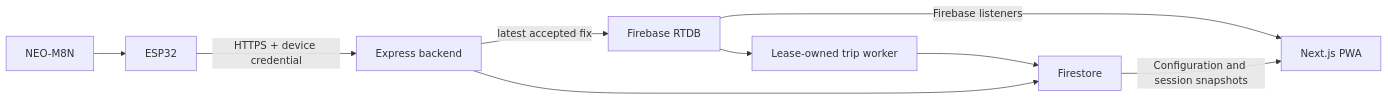
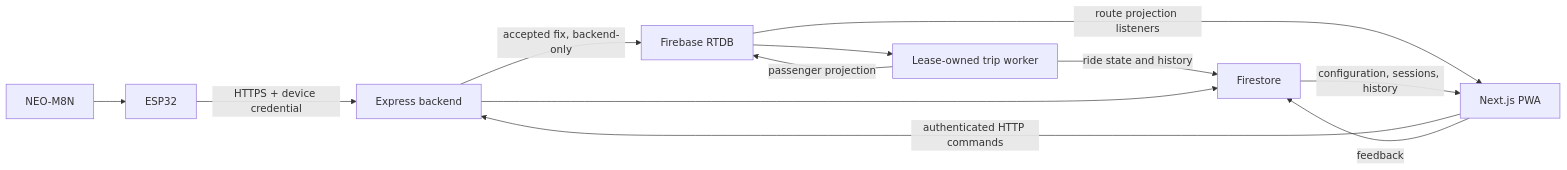
Before and after one commit to AryanPatelOnGIT/Eki: the diagram in README.md, drawn with Mermaid. The commit also changed other lines of this file and 1 other file, not shown here.

Commit message:
docs: refresh root README to match current architecture and release flow

````diff
--- a/README.md
+++ b/README.md
@@ -50,11 +52,14 @@
 ```mermaid
 flowchart LR
   GNSS[NEO-M8N] --> ESP[ESP32]
   ESP -->|HTTPS + device credential| API[Express backend]
-  API -->|latest accepted fix| RTDB[Firebase RTDB]
-  RTDB -->|Firebase listeners| WEB[Next.js PWA]
+  API -->|accepted fix, backend-only| RTDB[Firebase RTDB]
   RTDB --> WORKER[Lease-owned trip worker]
-  API --> FS[Firestore]
-  WORKER --> FS
-  FS -->|Configuration and session snapshots| WEB
+  WORKER -->|ride state and history| FS[Firestore]
+  WORKER -->|passenger projection| RTDB
+  API --> FS
+  RTDB -->|route projection listeners| WEB[Next.js PWA]
+  FS -->|configuration, sessions, history| WEB
+  WEB -->|authenticated HTTP commands| API
+  WEB -->|feedback| FS
 ```
````
